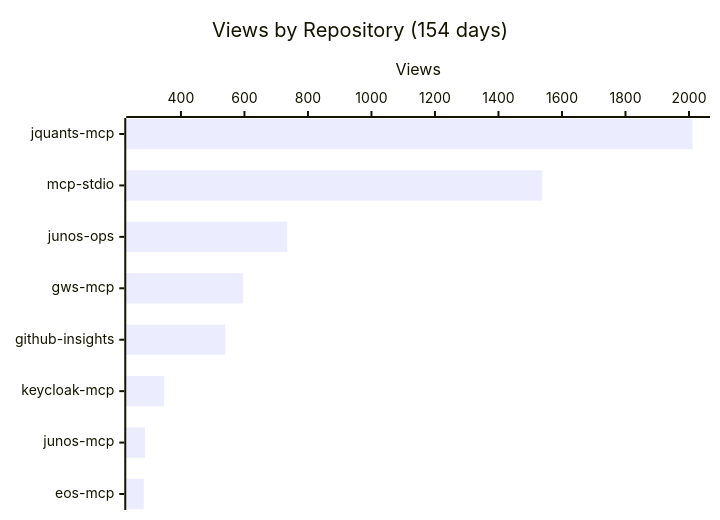
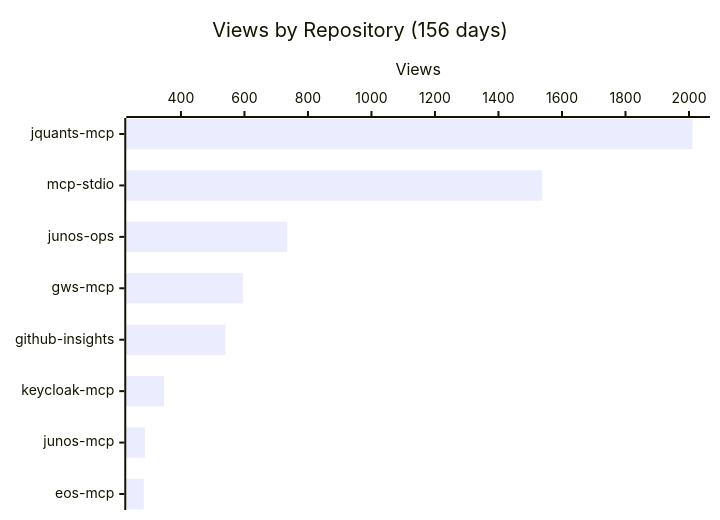
The first of 4 diagrams in README.md (shigechika/github-insights), drawn with Mermaid before and after one commit. The commit also changed other lines of this file and 2 other files, not shown here.

````diff
--- a/README.md
+++ b/README.md
@@ -18,7 +18,7 @@
 ```mermaid
 xychart-beta horizontal
-    title "Views by Repository (154 days)"
+    title "Views by Repository (156 days)"
     x-axis ["jquants-mcp", "mcp-stdio", "junos-ops", "gws-mcp", "github-insights", "keycloak-mcp", "junos-mcp", "eos-mcp"]
     y-axis "Views"
     bar [2011, 1538, 735, 595, 540, 347, 287, 283]
 ```
````
